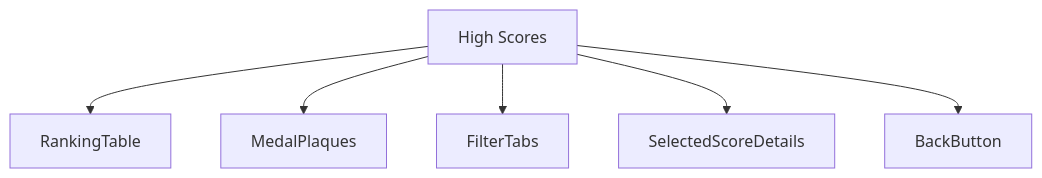
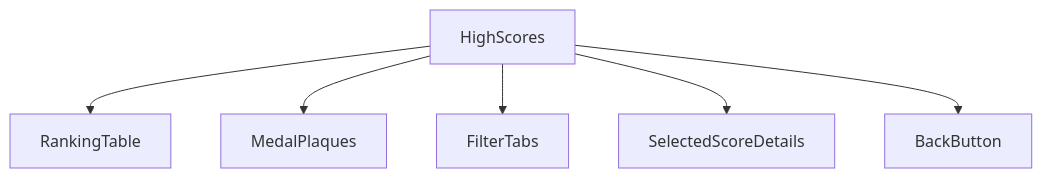
One commit to SunaNoOshiro/Heroes_Reforged_AI_Realms changed the first of 5 diagrams in docs/architecture/wiki/screens/57-high-scores/architecture.md. Above: the diagram before and after it, drawn with Mermaid. The commit also changed other lines of this file and 518 other files, not shown here.

First line of the commit message:
Add doc-audit skill and sweep architecture/screen docs

````diff
--- a/docs/architecture/wiki/screens/57-high-scores/architecture.md
+++ b/docs/architecture/wiki/screens/57-high-scores/architecture.md
@@ -16,14 +27,9 @@
 ```mermaid
 flowchart TD
-  Root["High Scores"]
-  C0["RankingTable"]
-  Root --> C0
-  C1["MedalPlaques"]
-  Root --> C1
-  C2["FilterTabs"]
-  Root --> C2
-  C3["SelectedScoreDetails"]
-  Root --> C3
-  C4["BackButton"]
-  Root --> C4
+  Root["HighScores"]
+  Root --> C0["RankingTable"]
+  Root --> C1["MedalPlaques"]
+  Root --> C2["FilterTabs"]
+  Root --> C3["SelectedScoreDetails"]
+  Root --> C4["BackButton"]
 ```
````
